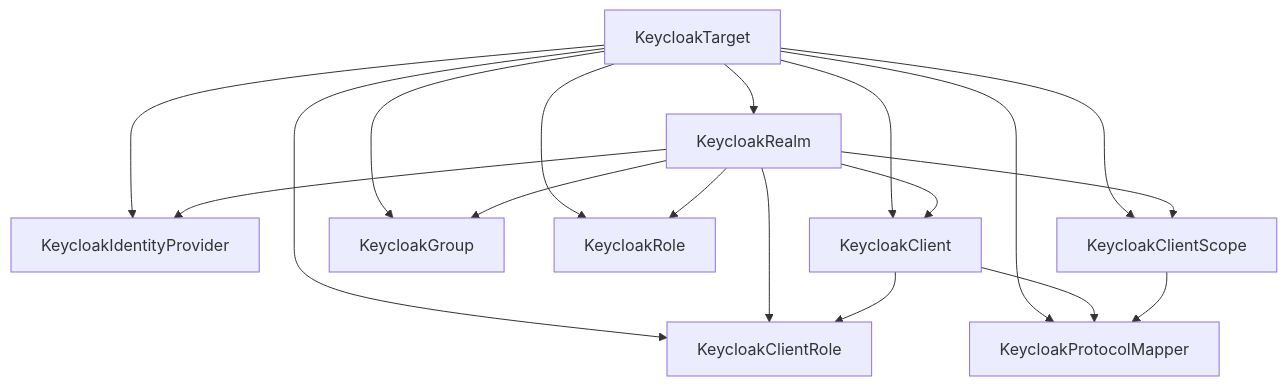
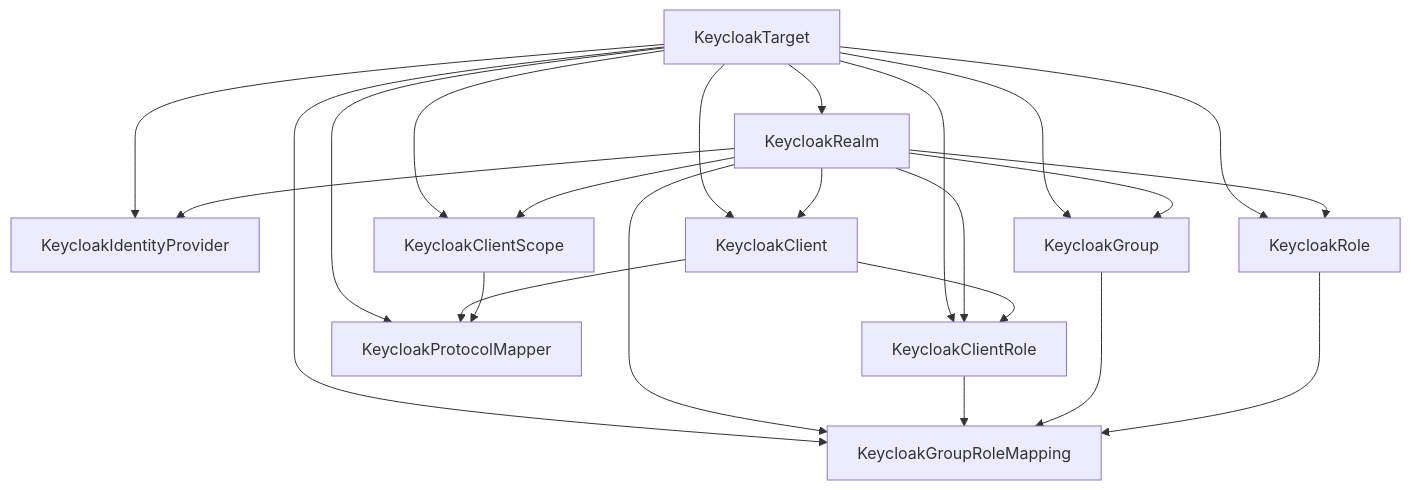
One commit to clouddicted/keycloak-config-operator changed the diagram in docs/resources/index.md. Above: the diagram before and after it, drawn with Mermaid. The commit also changed other lines of this file and 21 other files, not shown here.

Commit message:
feat(groups): add group role mappings

````diff
--- a/docs/resources/index.md
+++ b/docs/resources/index.md
@@ -25,21 +26,26 @@
 ```mermaid
 flowchart TD
   target[KeycloakTarget] --> realm[KeycloakRealm]
   target --> idp[KeycloakIdentityProvider]
   target --> client[KeycloakClient]
   target --> clientRole[KeycloakClientRole]
   target --> group[KeycloakGroup]
+  target --> groupRoleMapping[KeycloakGroupRoleMapping]
   target --> role[KeycloakRole]
   target --> scope[KeycloakClientScope]
   target --> mapper[KeycloakProtocolMapper]
 
   realm --> idp
   realm --> client
   realm --> clientRole
   realm --> group
+  realm --> groupRoleMapping
   realm --> role
   realm --> scope
   client --> clientRole
   client --> mapper
+  clientRole --> groupRoleMapping
+  group --> groupRoleMapping
+  role --> groupRoleMapping
   scope --> mapper
 ```
````
